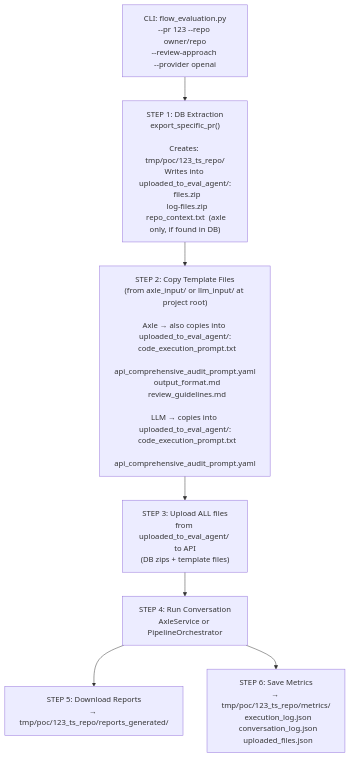
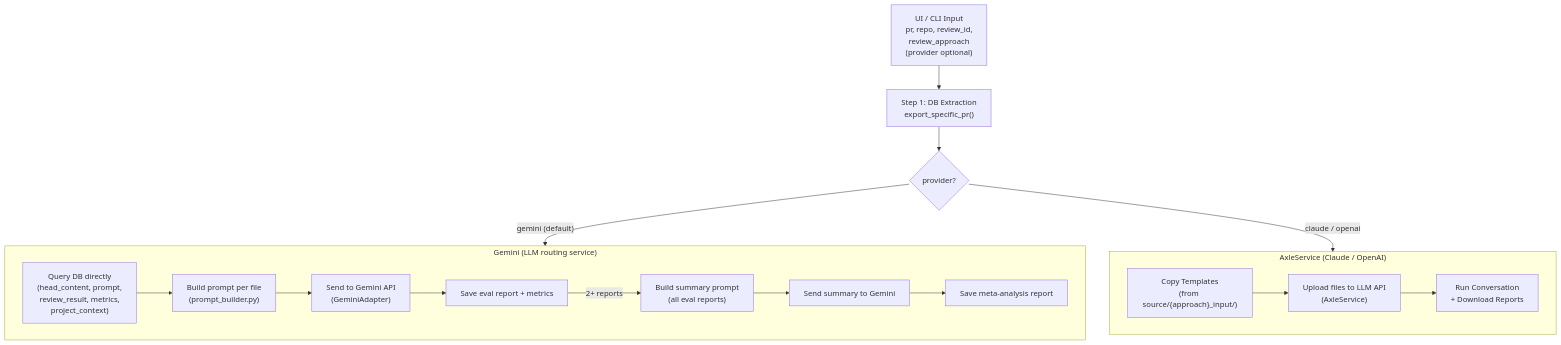
The diagram in docs/implementation_plan.md (7thSense-Dev/pr-eval-agent), drawn with Mermaid before and after one commit. The commit also changed other lines of this file and 16 other files, not shown here.

Commit message:
feat: add Gemini LLM routing service

````diff
--- a/docs/implementation_plan.md
+++ b/docs/implementation_plan.md
@@ -10,16 +24,30 @@
 ```mermaid
 flowchart TD
-    CLI["CLI: flow_evaluation.py\n--pr 123 --repo owner/repo\n--review-approach <axle|llm>\n--provider openai"]
+    INPUT["UI / CLI Input\npr, repo, review_id,\nreview_approach\n(provider optional)"]
 
-    CLI --> STEP1["STEP 1: DB Extraction\nexport_specific_pr()\n\nCreates: tmp/poc/123_ts_repo/\nWrites into uploaded_to_eval_agent/:\n  files.zip\n  log-files.zip\n  repo_context.txt  (axle only, if found in DB)"]
+    INPUT --> EXTRACT["Step 1: DB Extraction\nexport_specific_pr()"]
 
-    STEP1 --> STEP2["STEP 2: Copy Template Files\n(from axle_input/ or llm_input/ at project root)\n\nAxle → also copies into uploaded_to_eval_agent/:\n  code_execution_prompt.txt\n  api_comprehensive_audit_prompt.yaml\n  output_format.md\n  review_guidelines.md\n\nLLM → copies into uploaded_to_eval_agent/:\n  code_execution_prompt.txt\n  api_comprehensive_audit_prompt.yaml"]
+    EXTRACT --> ROUTE{provider?}
 
-    STEP2 --> STEP3["STEP 3: Upload ALL files\nfrom uploaded_to_eval_agent/ to API\n(DB zips + template files)"]
+    ROUTE -->|"gemini (default)"| GEMINI_FLOW
+    ROUTE -->|"claude / openai"| AXLE_FLOW
 
-    STEP3 --> STEP4["STEP 4: Run Conversation\nAxleService or PipelineOrchestrator"]
+    subgraph GEMINI_FLOW["Gemini (LLM routing service)"]
+        G1["Query DB directly\n(head_content, prompt,\nreview_result, metrics,\nproject_context)"]
+        G2["Build prompt per file\n(prompt_builder.py)"]
+        G3["Send to Gemini API\n(GeminiAdapter)"]
+        G4["Save eval report + metrics"]
+        G5["Build summary prompt\n(all eval reports)"]
+        G6["Send summary to Gemini"]
+        G7["Save meta-analysis report"]
+        G1 --> G2 --> G3 --> G4
+        G4 -->|"2+ reports"| G5 --> G6 --> G7
+    end
 
-    STEP4 --> STEP5["STEP 5: Download Reports\n→ tmp/poc/123_ts_repo/reports_generated/"]
-
-    STEP4 --> STEP6["STEP 6: Save Metrics\n→ tmp/poc/123_ts_repo/metrics/\n  execution_log.json\n  conversation_log.json\n  uploaded_files.json"]
+    subgraph AXLE_FLOW["AxleService (Claude / OpenAI)"]
+        A1["Copy Templates\n(from source/{approach}_input/)"]
+        A2["Upload files to LLM API\n(AxleService)"]
+        A3["Run Conversation\n+ Download Reports"]
+        A1 --> A2 --> A3
+    end
 ```
````
